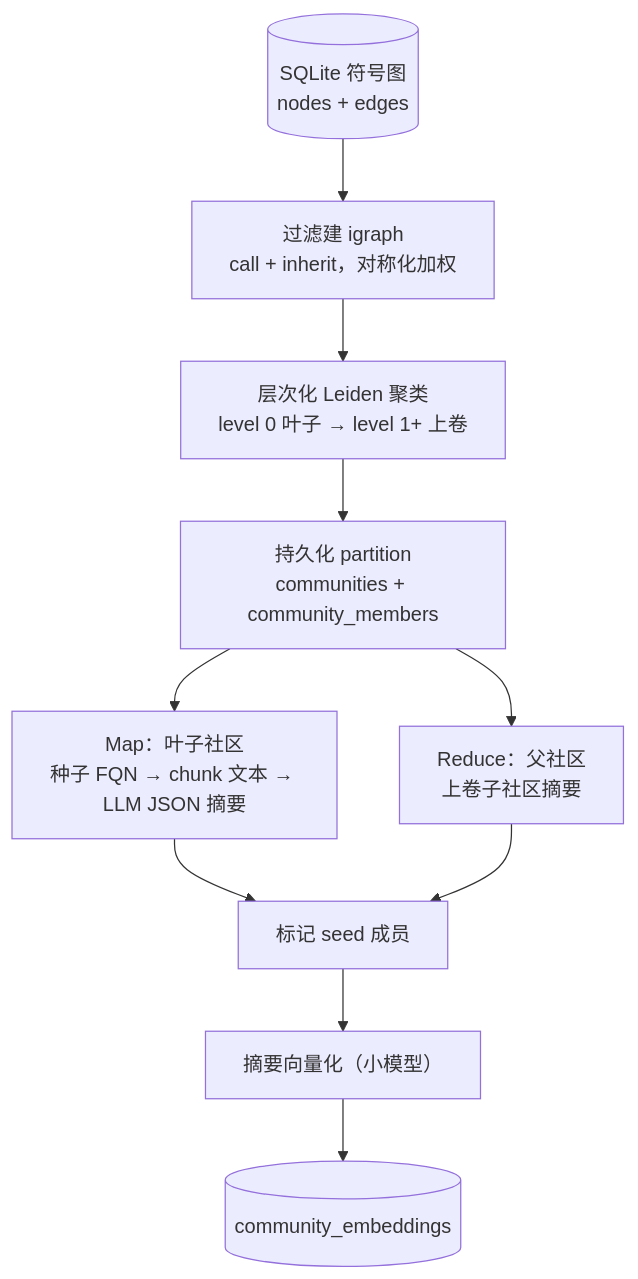
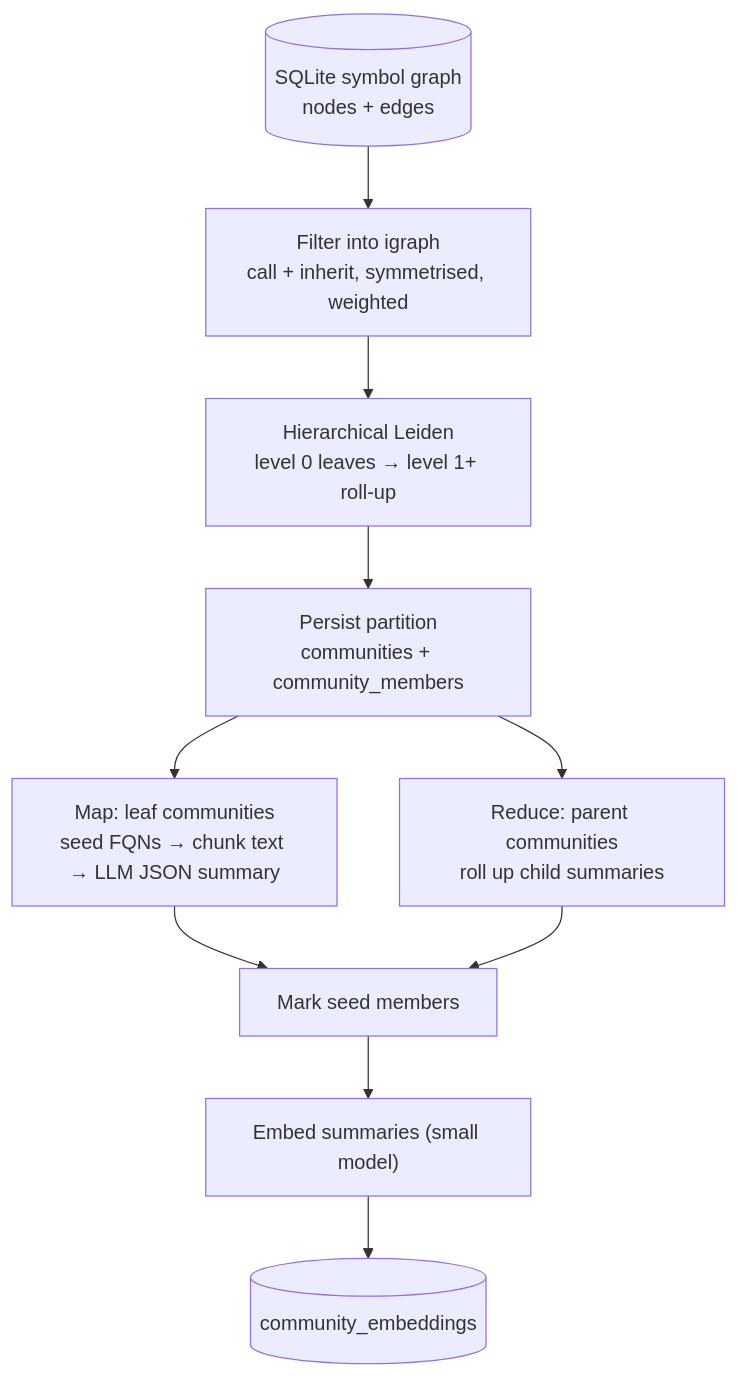
The sixth of 11 diagrams in README.md (AndyUneducated/repo-sage), drawn with Mermaid before and after one commit. The commit also changed other lines of this file and 14 other files, not shown here.

````diff
--- a/README.md
+++ b/README.md
@@ -210,11 +210,11 @@
 ```mermaid
 flowchart TB
-  SG[("SQLite 符号图<br/>nodes + edges")] --> Build["过滤建 igraph<br/>call + inherit，对称化加权"]
-  Build --> Leiden["层次化 Leiden 聚类<br/>level 0 叶子 → level 1+ 上卷"]
-  Leiden --> Persist["持久化 partition<br/>communities + community_members"]
-  Persist --> Map["Map：叶子社区<br/>种子 FQN → chunk 文本 → LLM JSON 摘要"]
-  Persist --> Reduce["Reduce：父社区<br/>上卷子社区摘要"]
-  Map & Reduce --> Mark["标记 seed 成员"]
-  Mark --> Emb["摘要向量化（小模型）"]
+  SG[("SQLite symbol graph<br/>nodes + edges")] --> Build["Filter into igraph<br/>call + inherit, symmetrised, weighted"]
+  Build --> Leiden["Hierarchical Leiden<br/>level 0 leaves → level 1+ roll-up"]
+  Leiden --> Persist["Persist partition<br/>communities + community_members"]
+  Persist --> Map["Map: leaf communities<br/>seed FQNs → chunk text → LLM JSON summary"]
+  Persist --> Reduce["Reduce: parent communities<br/>roll up child summaries"]
+  Map & Reduce --> Mark["Mark seed members"]
+  Mark --> Emb["Embed summaries (small model)"]
   Emb --> CE[("community_embeddings")]
 ```
````
